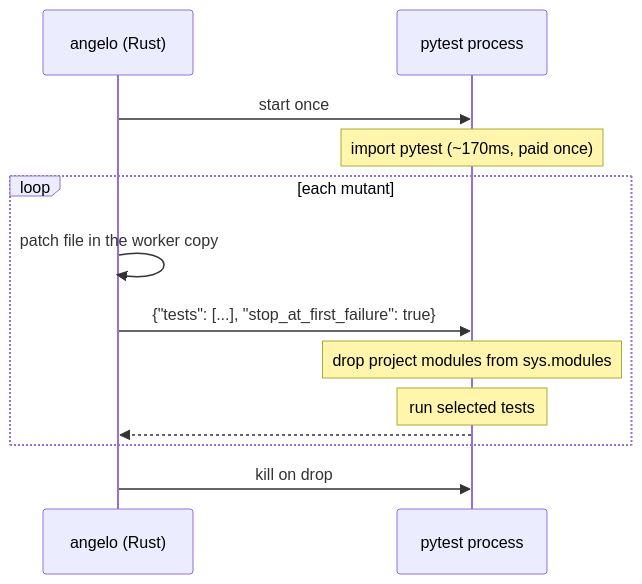
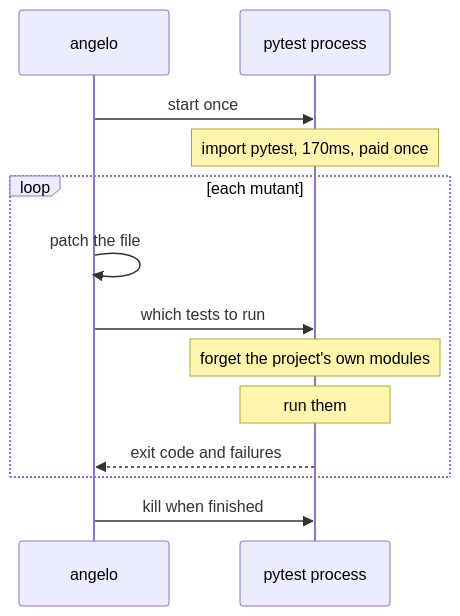
One commit to kvandeh/Angelo changed the diagram in docs/03-warm-workers.md. Above: the diagram before and after it, drawn with Mermaid. The commit also changed other lines of this file and 26 other files, not shown here.

````diff
--- a/docs/03-warm-workers.md
+++ b/docs/03-warm-workers.md
@@ -44,15 +56,15 @@
 ```mermaid
 sequenceDiagram
-    participant R as angelo (Rust)
+    participant A as angelo
     participant P as pytest process
-    R->>P: start once
-    Note over P: import pytest (~170ms, paid once)
+    A->>P: start once
+    Note over P: import pytest, 170ms, paid once
     loop each mutant
-        R->>R: patch file in the worker copy
-        R->>P: {"tests": [...], "stop_at_first_failure": true}
-        Note over P: drop project modules from sys.modules
-        Note over P: run selected tests
-        P-->>R: ##angelo##{"exit_code": 1, "failed": [...]}
+        A->>A: patch the file
+        A->>P: which tests to run
+        Note over P: forget the project's own modules
+        Note over P: run them
+        P-->>A: exit code and failures
     end
-    R->>P: kill on drop
+    A->>P: kill when finished
 ```
````
